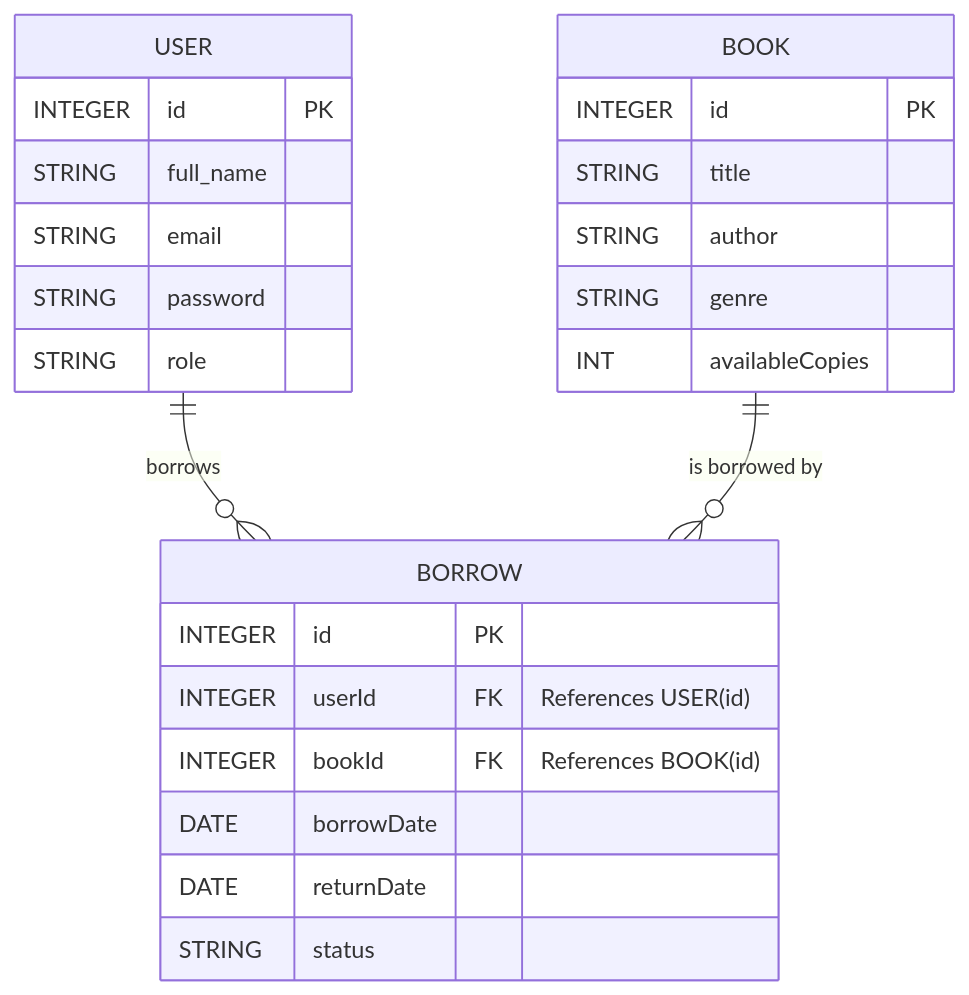
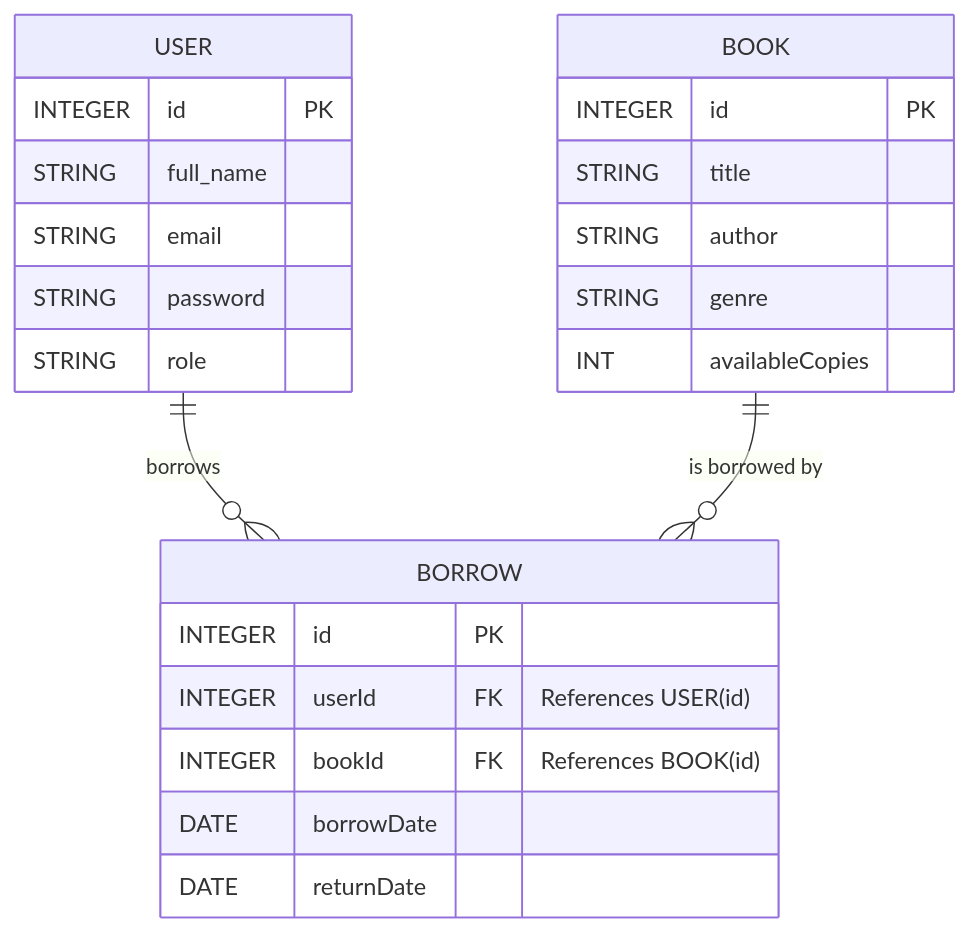
One commit to Apolo151/shelf-wise changed the diagram in docs/ERD.md. Above: the diagram before and after it, drawn with Mermaid.

````diff
--- a/docs/ERD.md
+++ b/docs/ERD.md
@@ -3,31 +3,30 @@
 ```mermaid
 erDiagram
     USER {
         INTEGER id PK
         STRING full_name
         STRING email
         STRING password
         STRING role
     }
 
     BOOK {
         INTEGER id PK
         STRING title
         STRING author
         STRING genre
         INT availableCopies
     }
 
     BORROW {
         INTEGER id PK
         INTEGER userId FK "References USER(id)"
         INTEGER bookId FK "References BOOK(id)"
         DATE borrowDate
         DATE returnDate
-        STRING status
     }
 
     USER ||--o{ BORROW : "borrows"
     BOOK ||--o{ BORROW : "is borrowed by"
 
 ```
````
